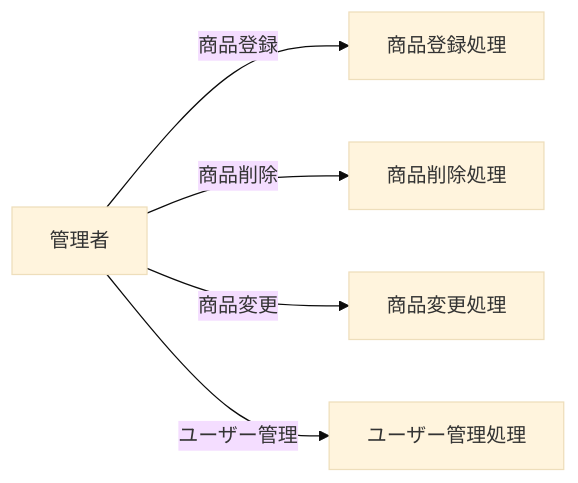
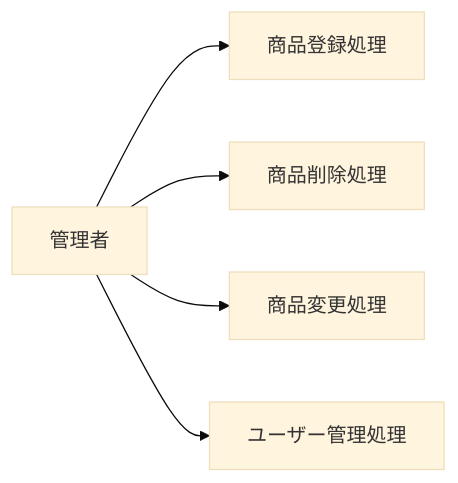
The fifth of 8 diagrams in docs/design/source/mermaid-sample.rst (MasaruFukazawa/designdocs-sample.fukazawasoftwaredevelopment.com), drawn with Mermaid (base theme) before and after one commit. The commit also changed other lines of this file and 8 other files, not shown here.

First line of the commit message:
feat: Mermaidルール統一とサンプルダイアグラム修正

```diff
--- a/docs/design/source/mermaid-sample.rst
+++ b/docs/design/source/mermaid-sample.rst
@@ -85,7 +85,7 @@
 .. mermaid::
 
     graph LR
-        管理者 --> |商品登録| 商品登録処理
-        管理者 --> |商品削除| 商品削除処理
-        管理者 --> |商品変更| 商品変更処理
-        管理者 --> |ユーザー管理| ユーザー管理処理
+        Admin[管理者] --> AddProduct[商品登録処理]
+        Admin --> DeleteProduct[商品削除処理]
+        Admin --> UpdateProduct[商品変更処理]
+        Admin --> ManageUser[ユーザー管理処理]
```
